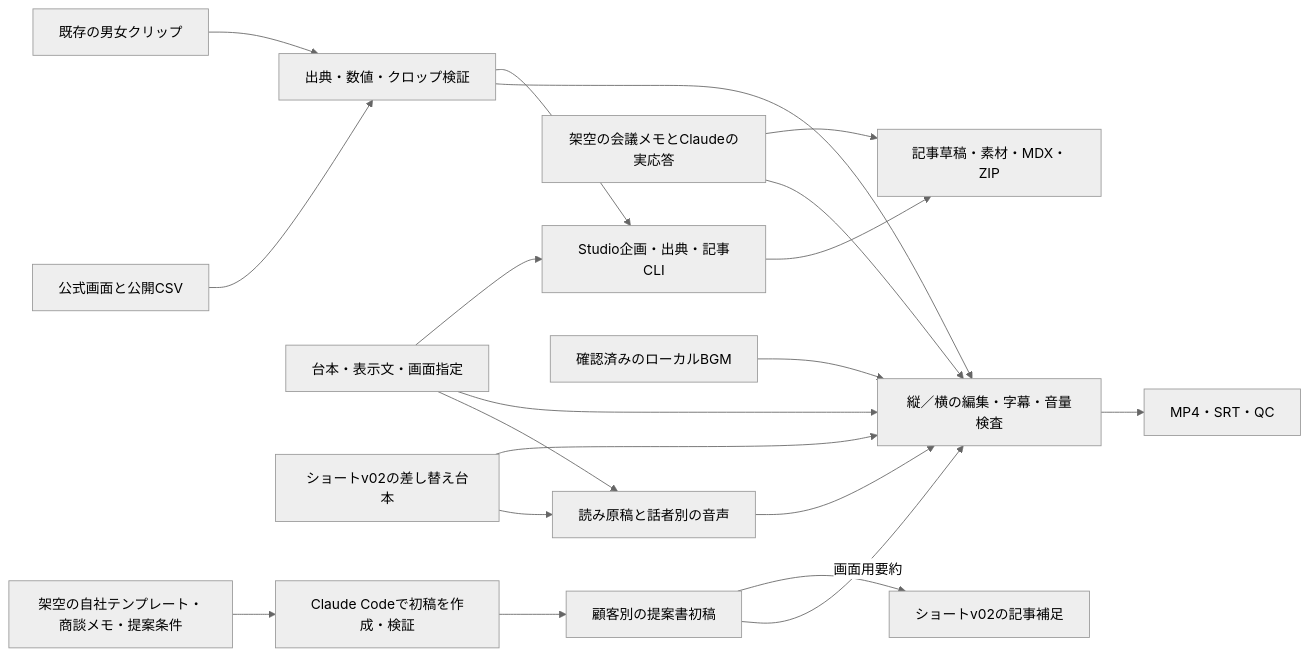
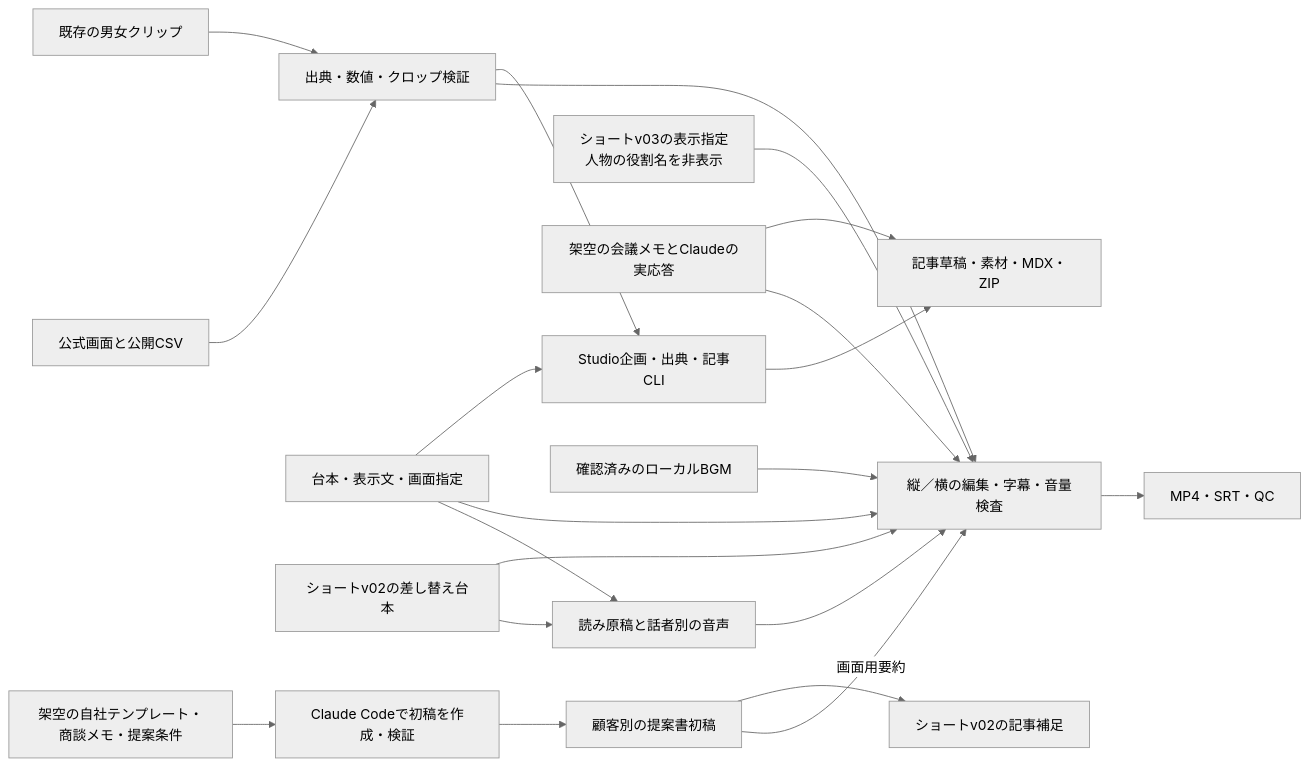
The diagram in productions/content-projects/CONTENT_20261117_japan_ai_usage/ARCHITECTURE_DIAGRAM.md (benriworks/MiniMax-H3), drawn with Mermaid (neutral theme) before and after one commit. The commit also changed 9 other files, not shown here.

````diff
--- a/productions/content-projects/CONTENT_20261117_japan_ai_usage/ARCHITECTURE_DIAGRAM.md
+++ b/productions/content-projects/CONTENT_20261117_japan_ai_usage/ARCHITECTURE_DIAGRAM.md
@@ -3,22 +3,23 @@
 ```mermaid
 flowchart LR
     Sources["公式画面と公開CSV"] --> Prepare["出典・数値・クロップ検証"]
     Legacy["既存の男女クリップ"] --> Prepare
     Story["台本・表示文・画面指定"] --> Voice["読み原稿と話者別の音声"]
     RevisedStory["ショートv02の差し替え台本"] --> Voice
     RevisedStory --> Render
+    ShortV03["ショートv03の表示指定<br/>人物の役割名を非表示"] --> Render
     Story --> Render["縦／横の編集・字幕・音量検査"]
     Demo["架空の会議メモとClaudeの実応答"] --> Render
     ProposalInputs["架空の自社テンプレート・商談メモ・提案条件"] --> Agent["Claude Codeで初稿を作成・検証"]
     Agent --> Draft["顧客別の提案書初稿"]
     Draft -->|画面用要約| Render
     Voice --> Render
     Prepare --> Render
     Music["確認済みのローカルBGM"] --> Render
     Render --> Video["MP4・SRT・QC"]
     Prepare --> Studio["Studio企画・出典・記事CLI"]
     Story --> Studio
     Studio --> Article["記事草稿・素材・MDX・ZIP"]
     Demo --> Article
     Draft --> ArticleSupplement["ショートv02の記事補足"]
 ```
````
